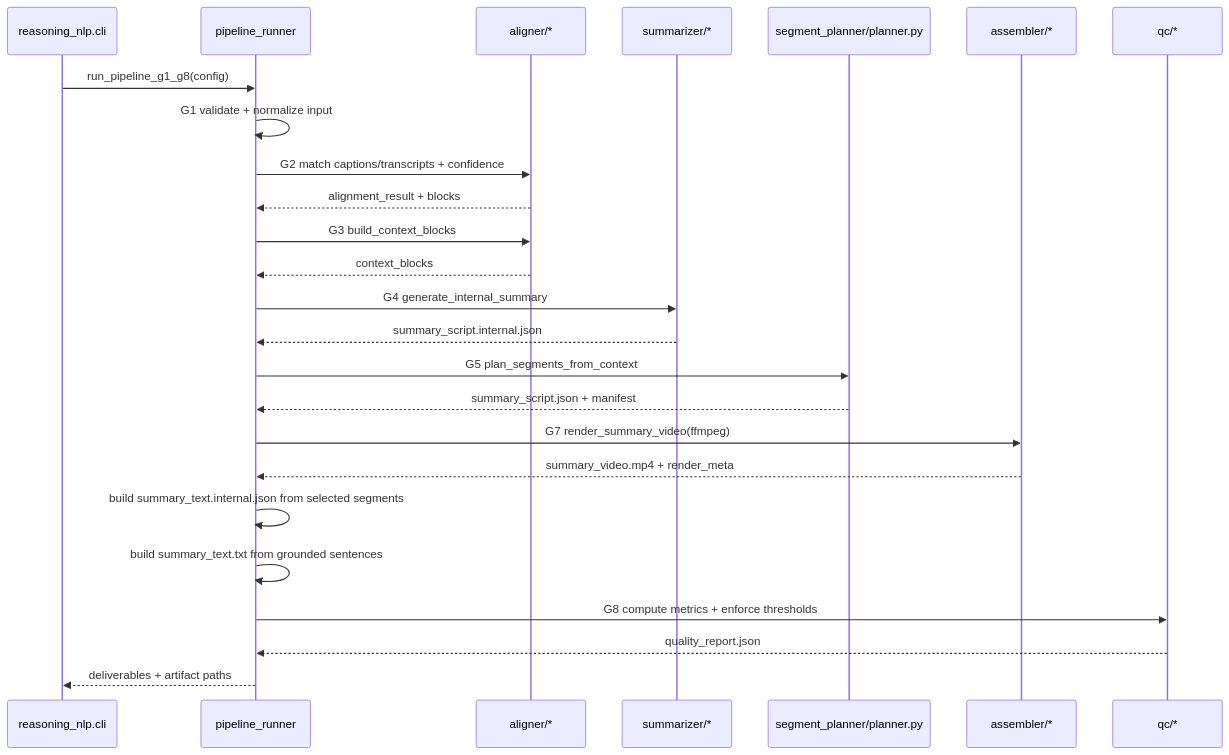
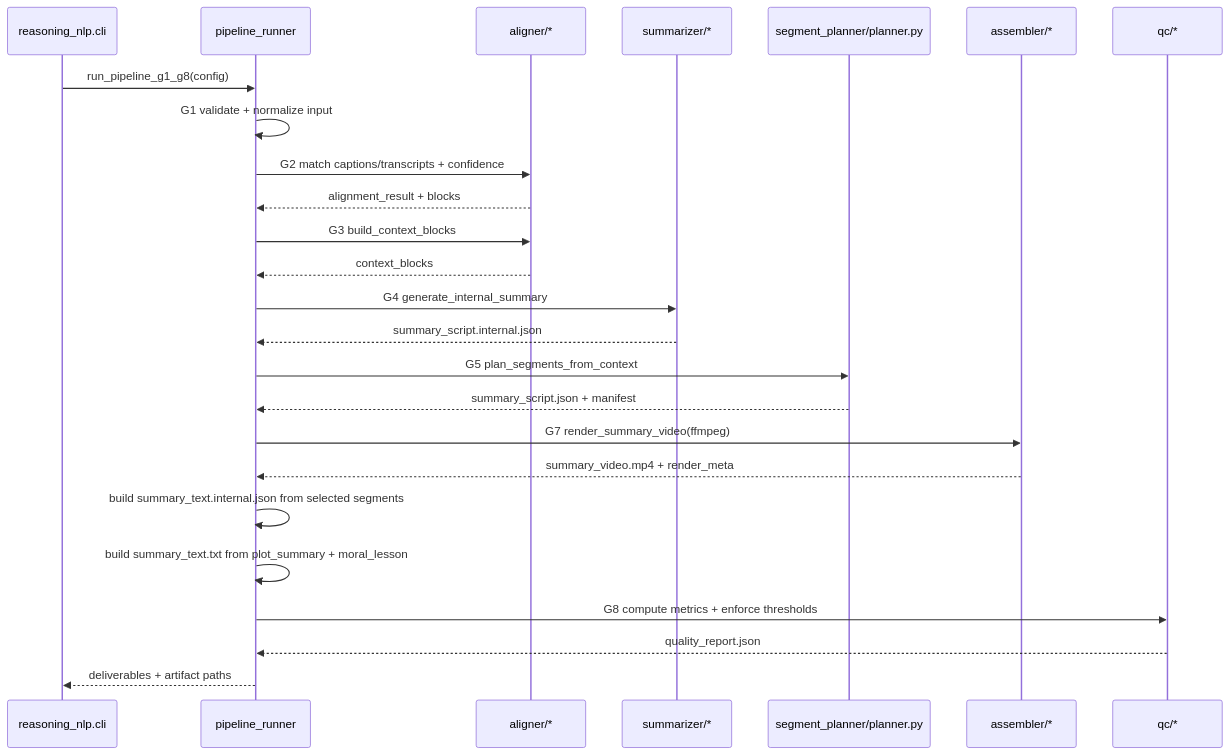
One commit to TCTri205/video-summary changed the second of 2 diagrams in docs/Reasoning-NLP/pipeline-flow-and-grounding.md. Above: the diagram before and after it, drawn with Mermaid. The commit also changed other lines of this file and 11 other files, not shown here.

````diff
--- a/docs/Reasoning-NLP/pipeline-flow-and-grounding.md
+++ b/docs/Reasoning-NLP/pipeline-flow-and-grounding.md
@@ -84,28 +86,28 @@
 ```mermaid
 sequenceDiagram
     participant CLI as reasoning_nlp.cli
     participant Runner as pipeline_runner
     participant Align as aligner/*
     participant Summ as summarizer/*
     participant Planner as segment_planner/planner.py
     participant Asm as assembler/*
     participant QC as qc/*
 
     CLI->>Runner: run_pipeline_g1_g8(config)
     Runner->>Runner: G1 validate + normalize input
     Runner->>Align: G2 match captions/transcripts + confidence
     Align-->>Runner: alignment_result + blocks
     Runner->>Align: G3 build_context_blocks
     Align-->>Runner: context_blocks
     Runner->>Summ: G4 generate_internal_summary
     Summ-->>Runner: summary_script.internal.json
     Runner->>Planner: G5 plan_segments_from_context
     Planner-->>Runner: summary_script.json + manifest
     Runner->>Asm: G7 render_summary_video(ffmpeg)
     Asm-->>Runner: summary_video.mp4 + render_meta
     Runner->>Runner: build summary_text.internal.json from selected segments
-    Runner->>Runner: build summary_text.txt from grounded sentences
+    Runner->>Runner: build summary_text.txt from plot_summary + moral_lesson
     Runner->>QC: G8 compute metrics + enforce thresholds
     QC-->>Runner: quality_report.json
     Runner-->>CLI: deliverables + artifact paths
 ```
````
